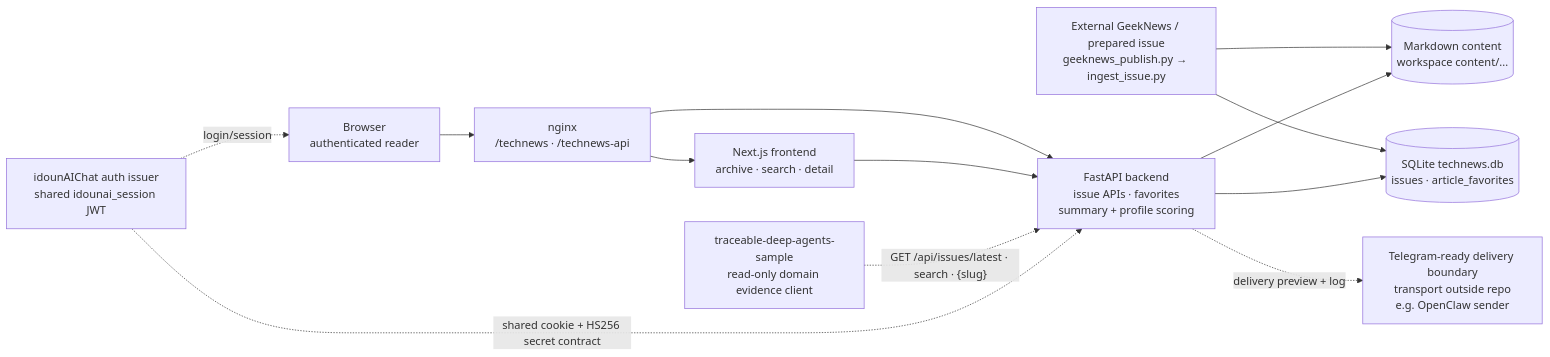
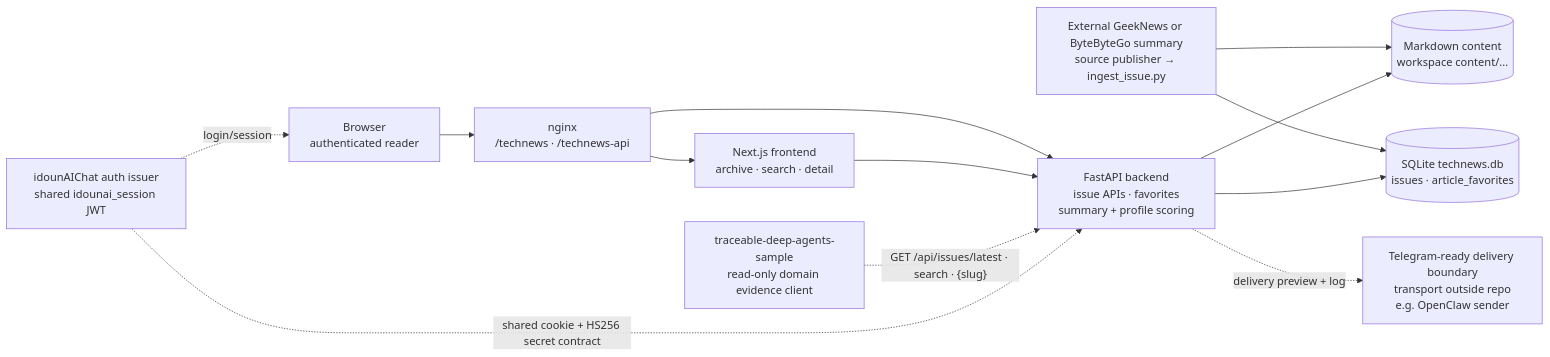
One commit to idoun/personal-tech-radar changed the diagram in README.ko.md. Above: the diagram before and after it, drawn with Mermaid. The commit also changed other lines of this file and 14 other files, not shown here.

Commit message:
Add ByteByteGo issue ingestion and publishing

````diff
--- a/README.ko.md
+++ b/README.ko.md
@@ -60,18 +60,18 @@
 ```mermaid
 flowchart LR
     Browser["Browser<br/>authenticated reader"] --> Nginx["nginx<br/>/technews · /technews-api"]
     Nginx --> Web["Next.js frontend<br/>archive · search · detail"]
     Nginx --> API["FastAPI backend<br/>issue APIs · favorites<br/>summary + profile scoring"]
     Web --> API
     Sample["traceable-deep-agents-sample<br/>read-only domain evidence client"] -. "GET /api/issues/latest · search · {slug}" .-> API
 
     Auth["idounAIChat auth issuer<br/>shared idounai_session JWT"] -. "login/session" .-> Browser
     Auth -. "shared cookie + HS256 secret contract" .-> API
 
-    Publisher["External GeekNews / prepared issue<br/>geeknews_publish.py → ingest_issue.py"] --> Content[("Markdown content<br/>workspace content/...")]
+    Publisher["External GeekNews or ByteByteGo summary<br/>source publisher → ingest_issue.py"] --> Content[("Markdown content<br/>workspace content/...")]
     Publisher --> DB[("SQLite technews.db<br/>issues · article_favorites")]
     API --> Content
     API --> DB
 
     API -. "delivery preview + log" .-> Delivery["Telegram-ready delivery boundary<br/>transport outside repo<br/>e.g. OpenClaw sender"]
 ```
````
